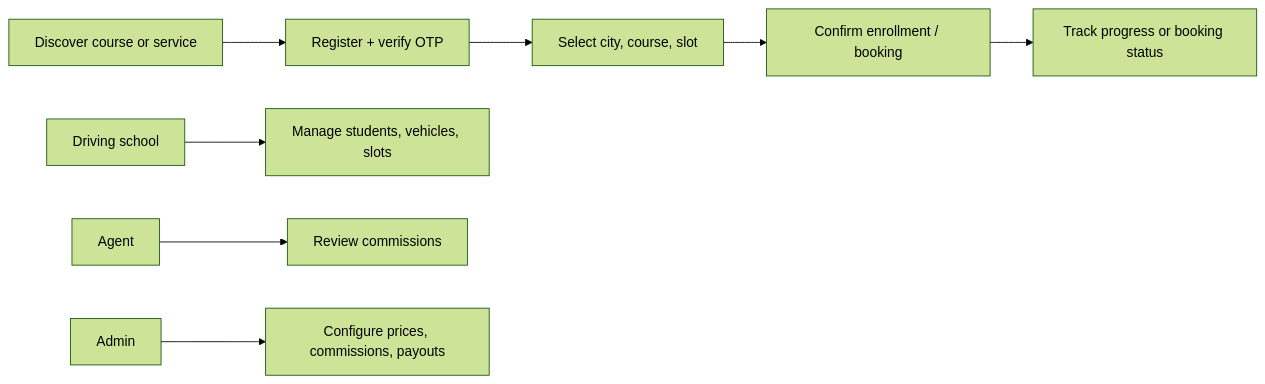
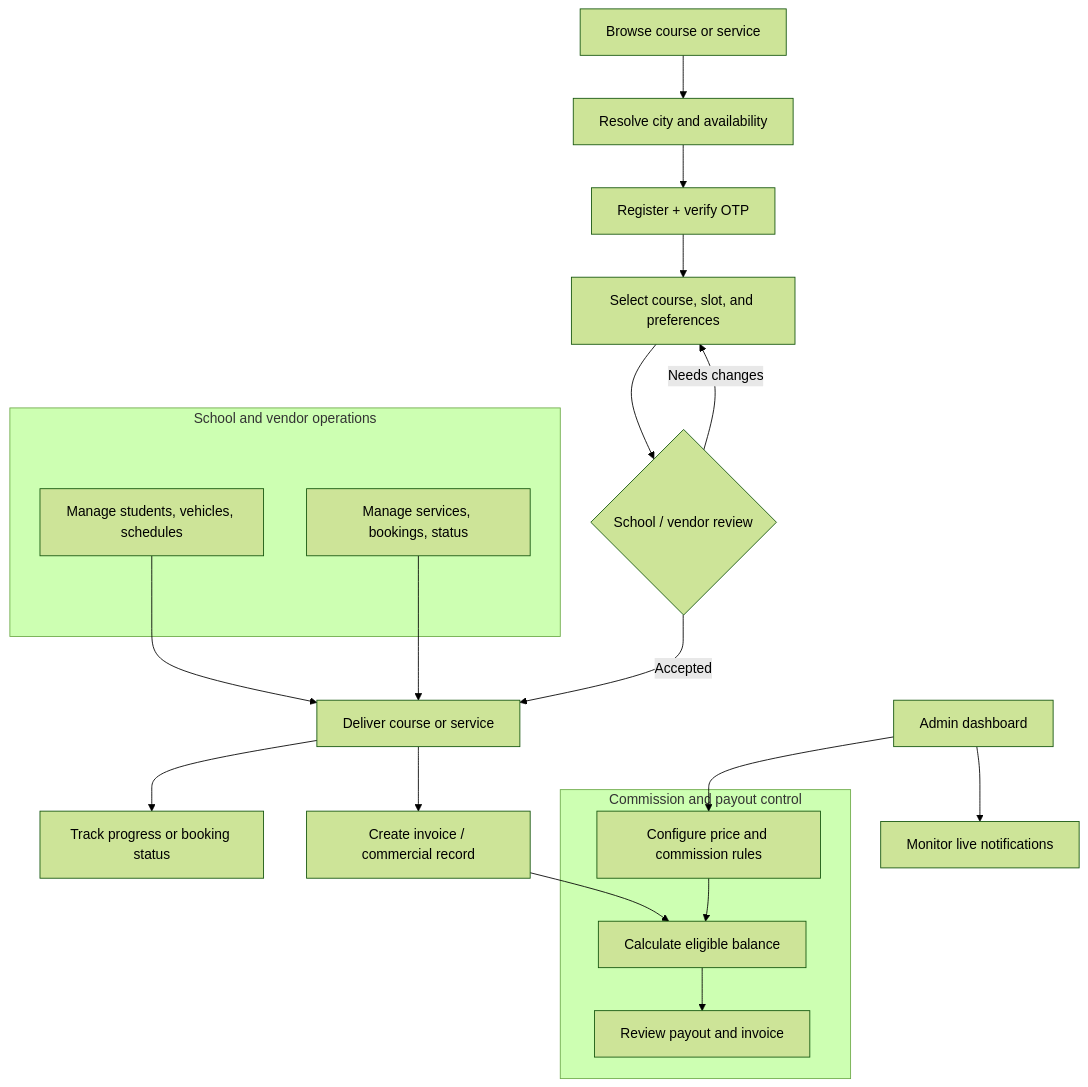
The diagram in README.md (kajolmehra/driveflow), drawn with Mermaid (forest theme) before and after one commit. The commit also changed other lines of this file and 1 other file, not shown here.

````diff
--- a/README.md
+++ b/README.md
@@ -39,10 +41,29 @@
 ```mermaid
-flowchart LR
-    Learner[Discover course or service] --> Signup[Register + verify OTP]
-    Signup --> Enroll[Select city, course, slot]
-    Enroll --> Pay[Confirm enrollment / booking]
-    Pay --> Progress[Track progress or booking status]
-    School[Driving school] --> Manage[Manage students, vehicles, slots]
-    Agent[Agent] --> Commission[Review commissions]
-    Admin[Admin] --> Rules[Configure prices, commissions, payouts]
+flowchart TB
+    Visitor[Browse course or service] --> Location[Resolve city and availability]
+    Location --> Signup[Register + verify OTP]
+    Signup --> Enroll[Select course, slot, and preferences]
+    Enroll --> Review{School / vendor review}
+    Review -->|Accepted| Fulfil[Deliver course or service]
+    Review -->|Needs changes| Enroll
+    Fulfil --> Progress[Track progress or booking status]
+    Fulfil --> Invoice[Create invoice / commercial record]
+
+    subgraph OPERATIONS[School and vendor operations]
+        School[Manage students, vehicles, schedules]
+        Vendor[Manage services, bookings, status]
+    end
+
+    subgraph COMMERCIAL[Commission and payout control]
+        Rules[Configure price and commission rules]
+        Ledger[Calculate eligible balance]
+        Payout[Review payout and invoice]
+        Rules --> Ledger --> Payout
+    end
+
+    School --> Fulfil
+    Vendor --> Fulfil
+    Invoice --> Ledger
+    Admin[Admin dashboard] --> Rules
+    Admin --> Live[Monitor live notifications]
 ```
````
